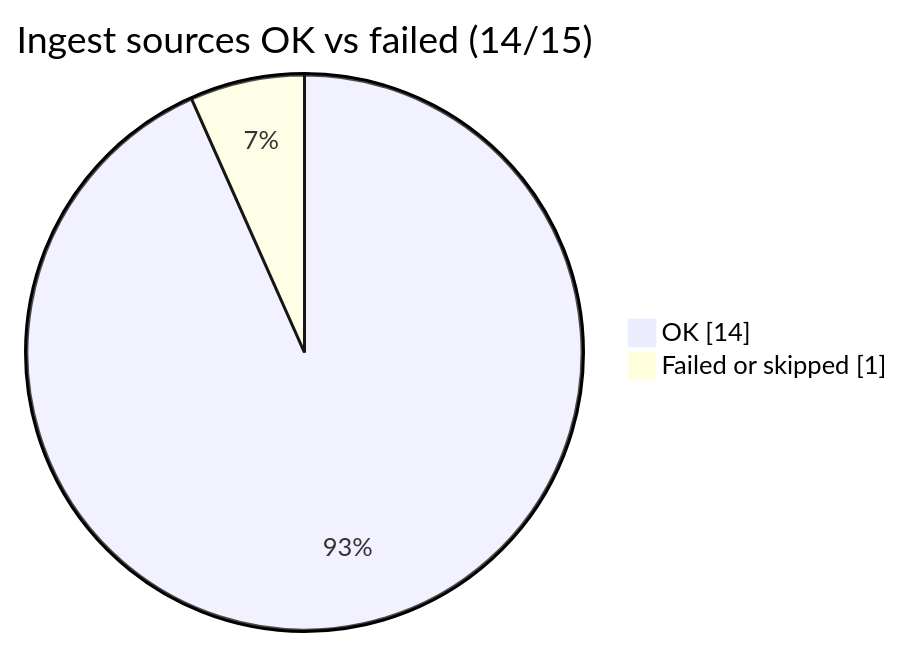
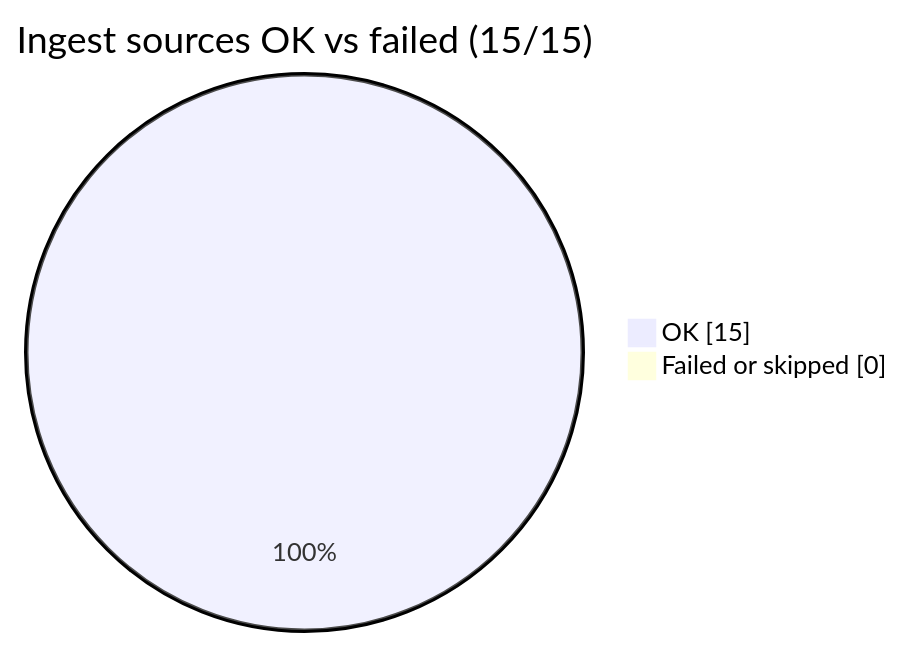
Before and after one commit to Midwest-Stratospheric/aerostratospheric-defense-gir: the third of 6 diagrams in docs/GRAPHS.md, drawn with Mermaid. The commit also changed other lines of this file and 25 other files, not shown here.

````diff
--- a/docs/GRAPHS.md
+++ b/docs/GRAPHS.md
@@ -37,6 +37,6 @@
 ```mermaid
 pie showData
-  title Ingest sources OK vs failed (14/15)
-  "OK" : 14
-  "Failed or skipped" : 1
+  title Ingest sources OK vs failed (15/15)
+  "OK" : 15
+  "Failed or skipped" : 0
 ```
````
